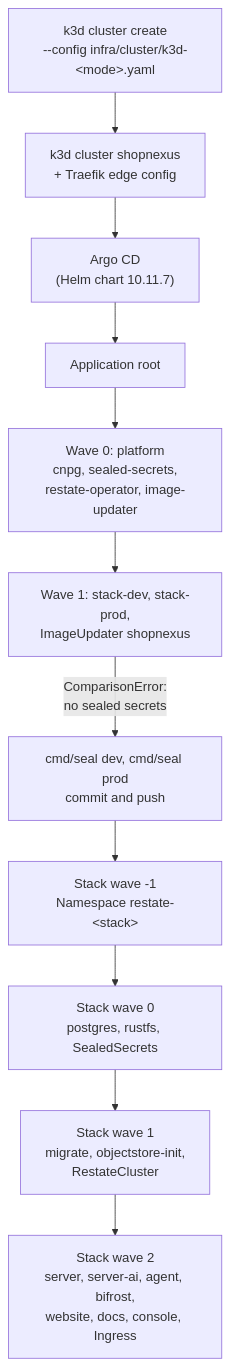
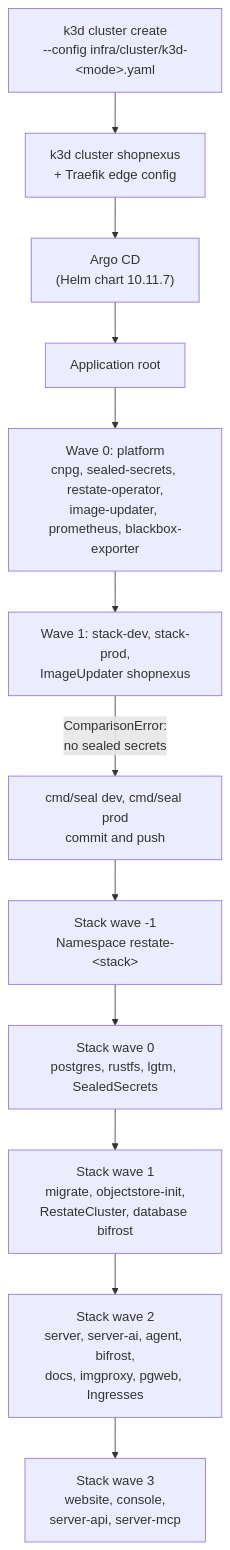
The diagram in web/src/content/docs/en/operations/cluster/bootstrap.mdx (shopnexus/docs), drawn with Mermaid before and after one commit. The commit also changed other lines of this file and 105 other files, not shown here.

````diff
--- a/web/src/content/docs/en/operations/cluster/bootstrap.mdx
+++ b/web/src/content/docs/en/operations/cluster/bootstrap.mdx
@@ -29,13 +29,14 @@
 ```mermaid title="What runs after k3d cluster create"
 flowchart TD
   up["k3d cluster create<br/>--config infra/cluster/k3d-#lt;mode#gt;.yaml"] --> k3d["k3d cluster shopnexus<br/>+ Traefik edge config"]
   k3d --> argo["Argo CD<br/>(Helm chart 10.11.7)"]
   argo --> root["Application root"]
-  root --> w0["Wave 0: platform<br/>cnpg, sealed-secrets,<br/>restate-operator, image-updater"]
+  root --> w0["Wave 0: platform<br/>cnpg, sealed-secrets, restate-operator,<br/>image-updater, prometheus, blackbox-exporter"]
   w0 --> w1["Wave 1: stack-dev, stack-prod,<br/>ImageUpdater shopnexus"]
   w1 -->|"ComparisonError:<br/>no sealed secrets"| seal["cmd/seal dev, cmd/seal prod<br/>commit and push"]
   seal --> sm1["Stack wave -1<br/>Namespace restate-#lt;stack#gt;"]
-  sm1 --> s0["Stack wave 0<br/>postgres, rustfs, SealedSecrets"]
-  s0 --> s1["Stack wave 1<br/>migrate, objectstore-init,<br/>RestateCluster"]
-  s1 --> s2["Stack wave 2<br/>server, server-ai, agent, bifrost,<br/>website, docs, console, Ingress"]
+  sm1 --> s0["Stack wave 0<br/>postgres, rustfs, lgtm, SealedSecrets"]
+  s0 --> s1["Stack wave 1<br/>migrate, objectstore-init,<br/>RestateCluster, database bifrost"]
+  s1 --> s2["Stack wave 2<br/>server, server-ai, agent, bifrost,<br/>docs, imgproxy, pgweb, Ingresses"]
+  s2 --> s3["Stack wave 3<br/>website, console,<br/>server-api, server-mcp"]
 ```
````
